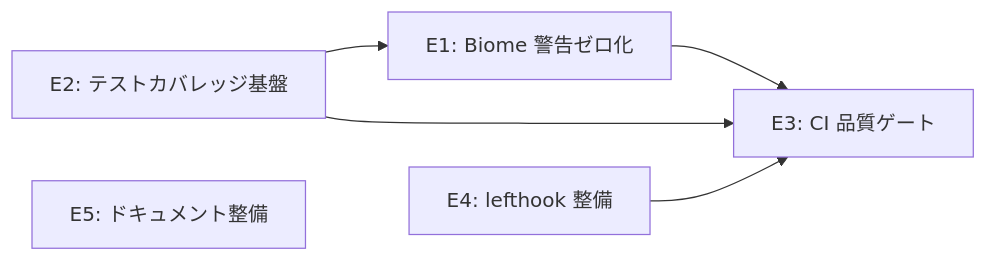
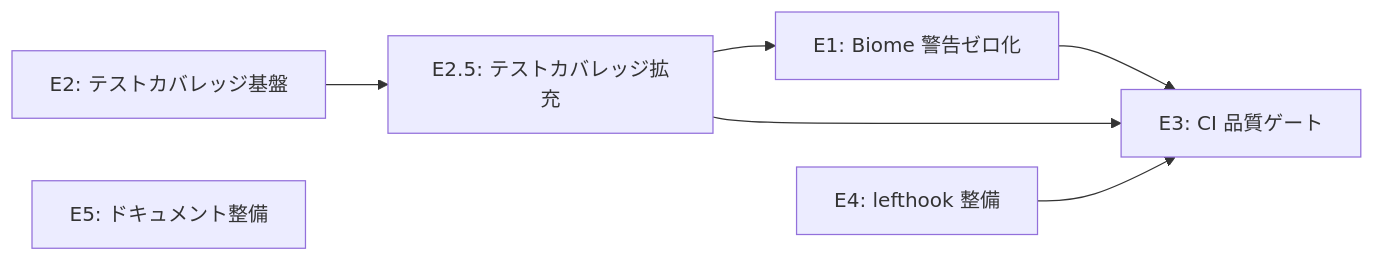
The diagram in docs/requirements/PD-001-code-quality-stabilization.md (spikestudio/unstopia-gateway), drawn with Mermaid before and after one commit. The commit also changed other lines of this file and 1 other file, not shown here.

````diff
--- a/docs/requirements/PD-001-code-quality-stabilization.md
+++ b/docs/requirements/PD-001-code-quality-stabilization.md
@@ -101,8 +105,9 @@
 ```mermaid
 graph LR
-    E2[E2: テストカバレッジ基盤] --> E1[E1: Biome 警告ゼロ化]
+    E2[E2: テストカバレッジ基盤] --> E25[E2.5: テストカバレッジ拡充]
+    E25 --> E1[E1: Biome 警告ゼロ化]
     E1 --> E3[E3: CI 品質ゲート]
-    E2 --> E3
+    E25 --> E3
     E4[E4: lefthook 整備] --> E3
     E5[E5: ドキュメント整備]
 ```
````
